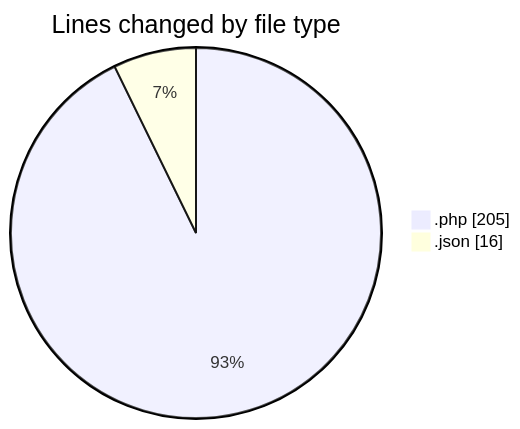
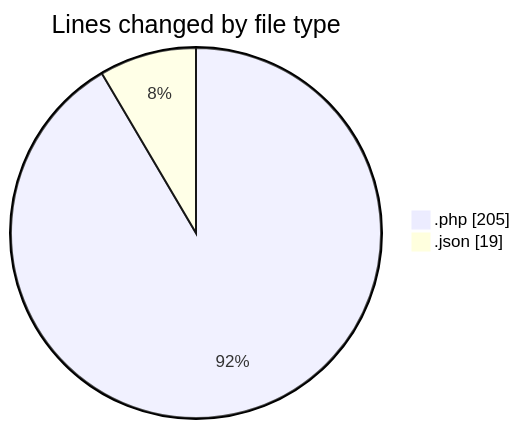
One commit to debugP/code-tracking changed the first of 2 diagrams in 2026-07-03/wp-content/README.md. Above: the diagram before and after it, drawn with Mermaid. The commit also changed other lines of this file and 1 other file, not shown here.

````diff
--- a/2026-07-03/wp-content/README.md
+++ b/2026-07-03/wp-content/README.md
@@ -22,6 +22,6 @@
 ```mermaid
 pie showData
 title Lines changed by file type
 ".php" : 205
-".json" : 16
+".json" : 19
 ```
````
